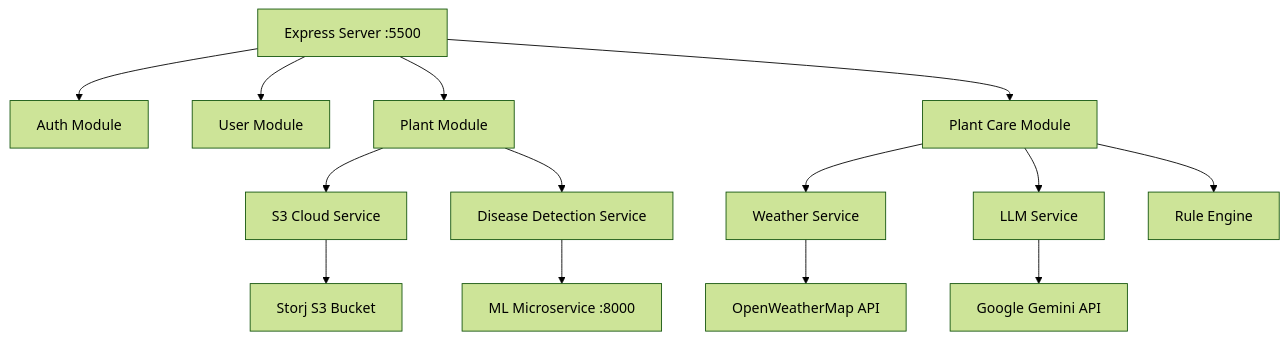
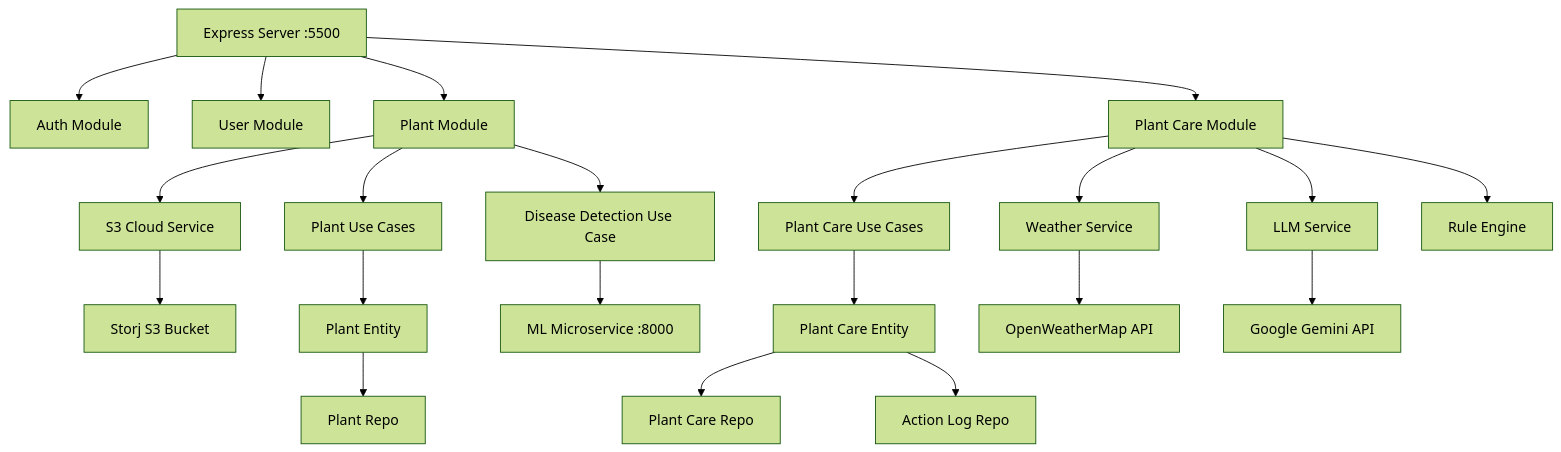
One commit to AH0Cs50/TerraVision_AI changed the second of 9 diagrams in Backend/README.md. Above: the diagram before and after it, drawn with Mermaid (forest theme). The commit also changed other lines of this file and 75 other files, not shown here.

````diff
--- a/Backend/README.md
+++ b/Backend/README.md
@@ -82,16 +85,23 @@
 ```mermaid
 graph TD
     A[Express Server :5500] --> B[Auth Module]
     A --> C[User Module]
     A --> D[Plant Module]
     A --> E[Plant Care Module]
     D --> F[S3 Cloud Service]
-    D --> G[Disease Detection Service]
-    E --> H[Weather Service]
-    E --> I[LLM Service]
-    E --> J[Rule Engine]
-    G --> K[ML Microservice :8000]
-    H --> L[OpenWeatherMap API]
-    I --> M[Google Gemini API]
-    F --> N[Storj S3 Bucket]
+    D --> G[Plant Use Cases]
+    G --> H[Plant Entity]
+    H --> I[Plant Repo]
+    D --> J[Disease Detection Use Case]
+    J --> K[ML Microservice :8000]
+    E --> L[Plant Care Use Cases]
+    L --> M[Plant Care Entity]
+    M --> N[Plant Care Repo]
+    M --> O[Action Log Repo]
+    E --> P[Weather Service]
+    E --> Q[LLM Service]
+    E --> R[Rule Engine]
+    P --> S[OpenWeatherMap API]
+    Q --> T[Google Gemini API]
+    F --> U[Storj S3 Bucket]
 ```
````
